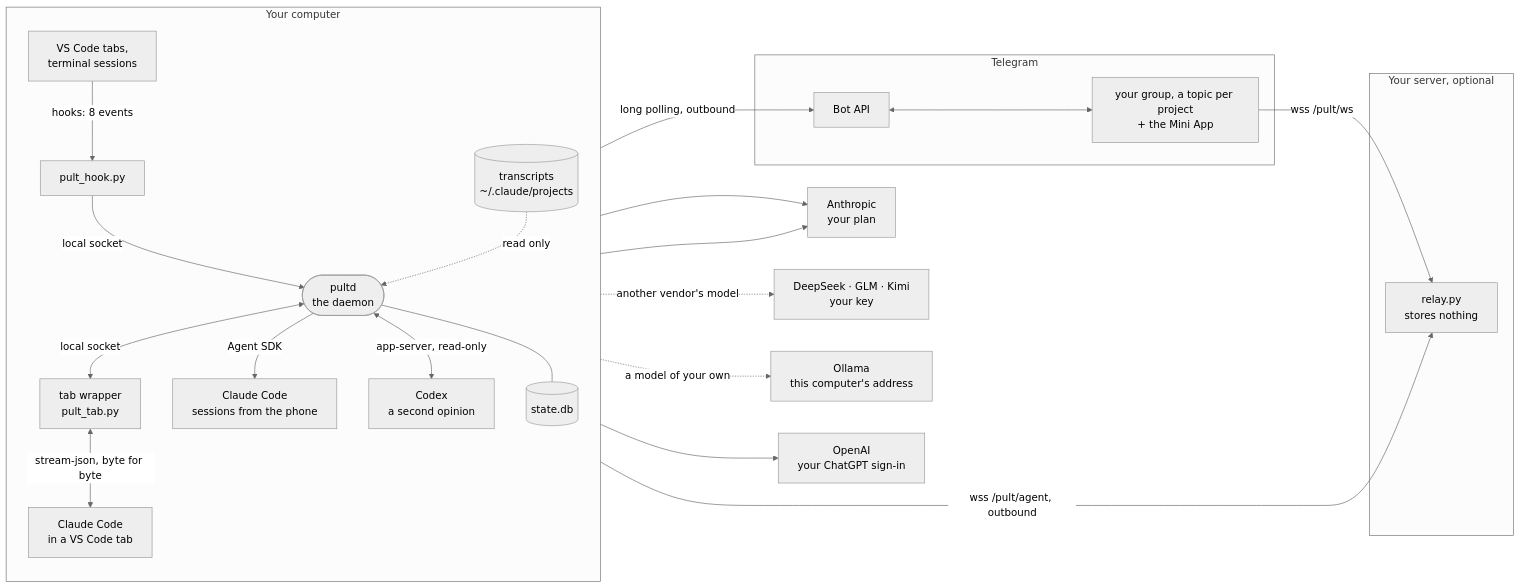
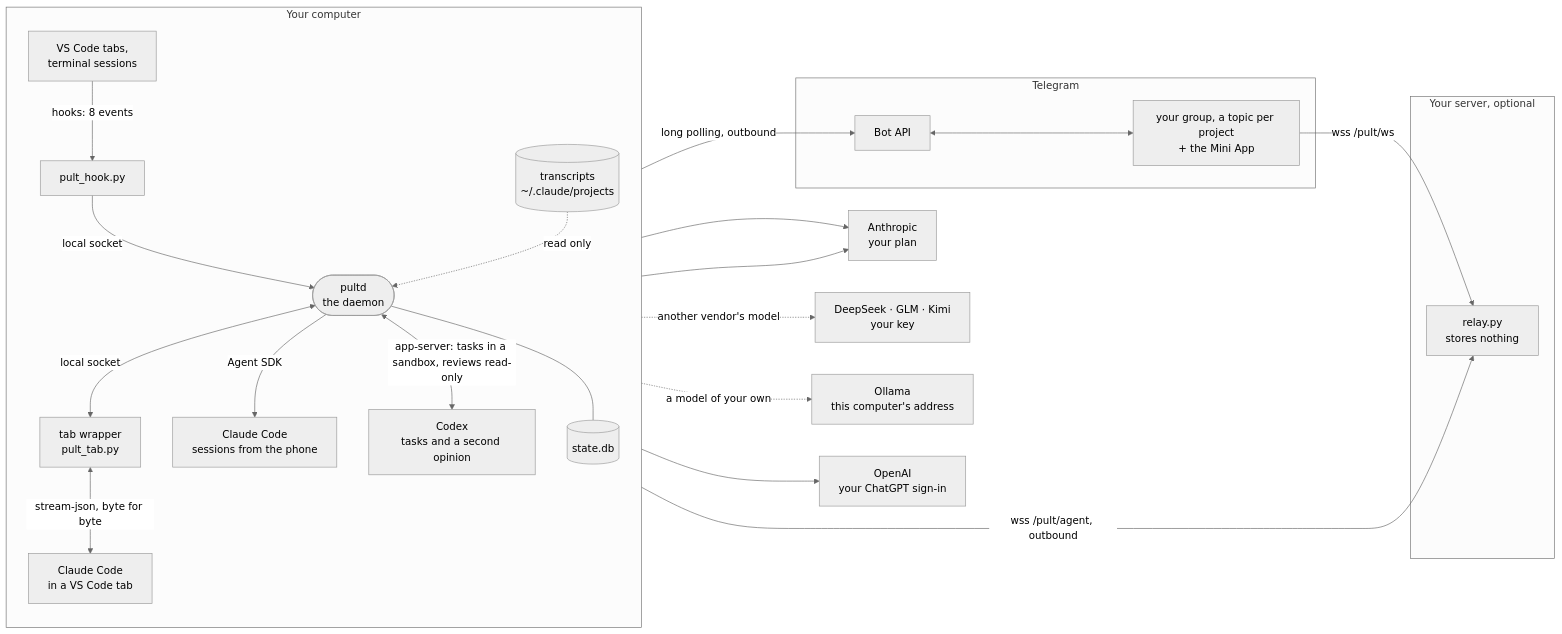
Before and after one commit to pulthq/pult: the first of 6 diagrams in ARCHITECTURE.md, drawn with Mermaid (neutral theme). The commit also changed other lines of this file and 62 other files, not shown here.

````diff
--- a/ARCHITECTURE.md
+++ b/ARCHITECTURE.md
@@ -16,30 +16,30 @@
 ```mermaid
 flowchart LR
   subgraph PC["Your computer"]
     direction TB
     TAB["VS Code tabs,<br/>terminal sessions"] -->|"hooks: 8 events"| HOOK["pult_hook.py"]
     HOOK -->|"local socket"| D(["pultd<br/>the daemon"])
     D <-->|"local socket"| WRAP["tab wrapper<br/>pult_tab.py"]
     WRAP <-->|"stream-json, byte for byte"| CCT["Claude Code<br/>in a VS Code tab"]
     D -->|"Agent SDK"| CCS["Claude Code<br/>sessions from the phone"]
-    D <-->|"app-server, read-only"| CX["Codex<br/>a second opinion"]
+    D <-->|"app-server: tasks in a sandbox, reviews read-only"| CX["Codex<br/>tasks and a second opinion"]
     LOGS[("transcripts<br/>~/.claude/projects")] -.->|"read only"| D
     D --- DB[("state.db")]
   end
   subgraph SRV["Your server, optional"]
     R["relay.py<br/>stores nothing"]
   end
   subgraph TG["Telegram"]
     API["Bot API"]
     APP["your group, a topic per project<br/>+ the Mini App"]
   end
   D -->|"long polling, outbound"| API
   API <--> APP
   APP -->|"wss /pult/ws"| R
   D -->|"wss /pult/agent, outbound"| R
   CCT --> ANT["Anthropic<br/>your plan"]
   CCS --> ANT
   CCS -.->|"another vendor's model"| VEN["DeepSeek · GLM · Kimi<br/>your key"]
   CCS -.->|"a model of your own"| OLL["Ollama<br/>this computer's address"]
   CX --> OAI["OpenAI<br/>your ChatGPT sign-in"]
 ```
````
